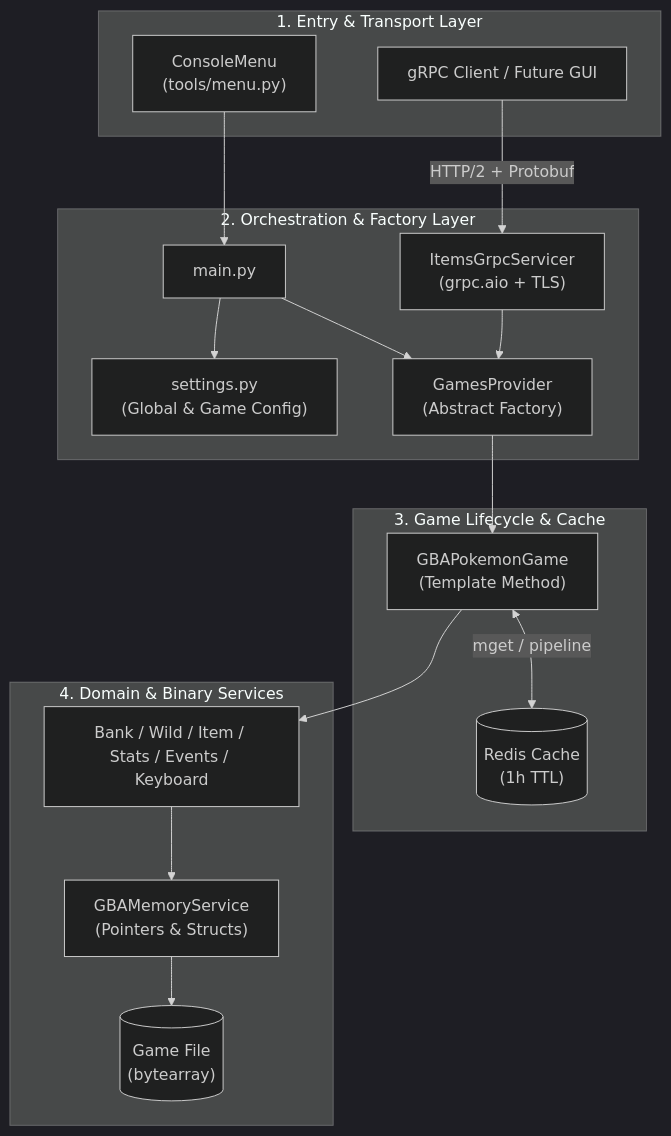
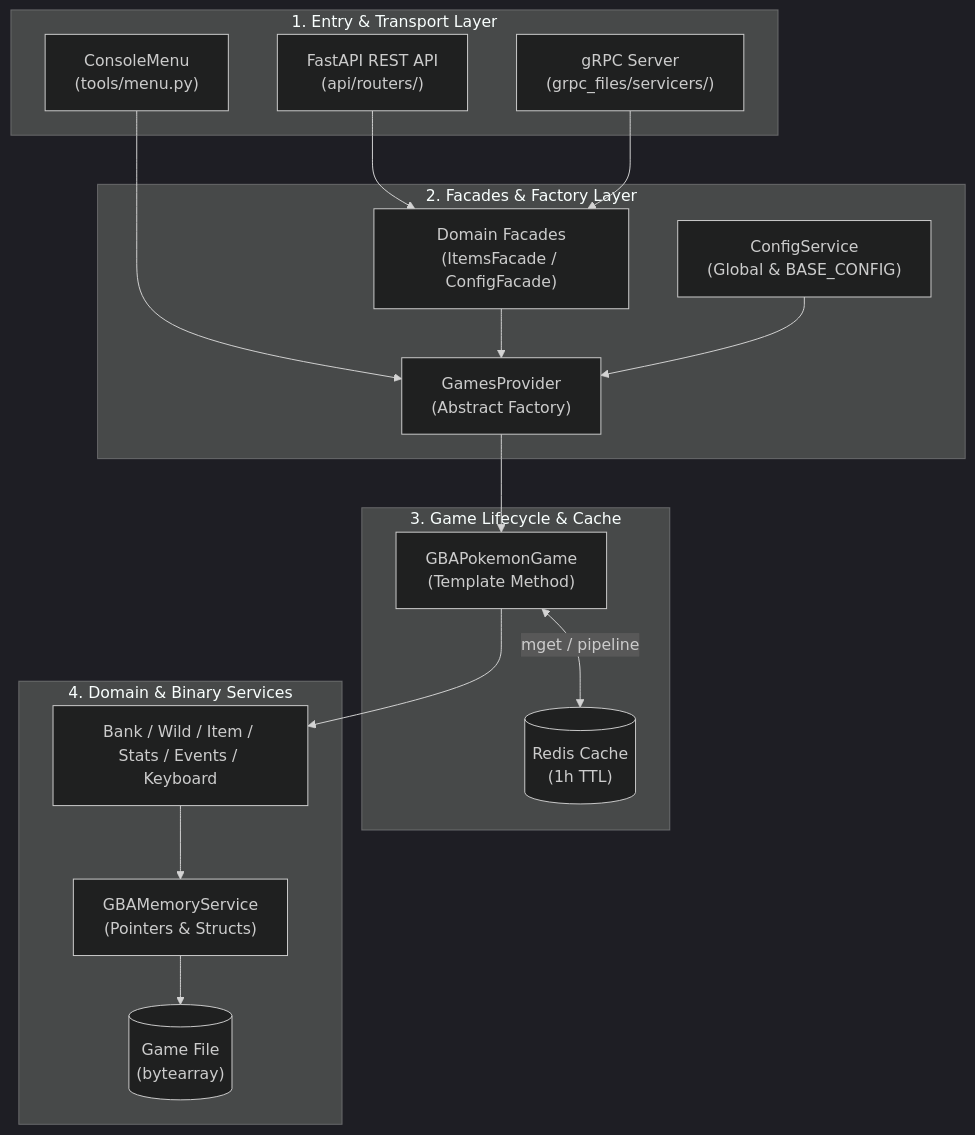
Before and after one commit to mxdotnetsrengineer/AdvanceR_Nexus_UpGen: the diagram in README.md, drawn with Mermaid (dark theme). The commit also changed other lines of this file and 6 other files, not shown here.

````diff
--- a/README.md
+++ b/README.md
@@ -181,36 +173,36 @@
 ```mermaid
 flowchart TD
     subgraph Presentation ["1. Entry & Transport Layer"]
         CLI["ConsoleMenu<br/>(tools/menu.py)"]
-        Client["gRPC Client / Future GUI"]
+        REST["FastAPI REST API<br/>(api/routers/)"]
+        GRPC["gRPC Server<br/>(grpc_files/servicers/)"]
     end
 
-    subgraph Core ["2. Orchestration & Factory Layer"]
-        Main["main.py"]
-        Config["settings.py<br/>(Global & Game Config)"]
+    subgraph Orchestration ["2. Facades & Factory Layer"]
+        Facades["Domain Facades<br/>(ItemsFacade / ConfigFacade)"]
+        Config["ConfigService<br/>(Global & BASE_CONFIG)"]
         Provider["GamesProvider<br/>(Abstract Factory)"]
-        GRPC["ItemsGrpcServicer<br/>(grpc.aio + TLS)"]
     end
 
     subgraph Domain ["3. Game Lifecycle & Cache"]
         Game["GBAPokemonGame<br/>(Template Method)"]
         Redis[("Redis Cache<br/>(1h TTL)")]
     end
 
     subgraph Services ["4. Domain & Binary Services"]
         DomainSvc["Bank / Wild / Item / Stats / Events / Keyboard"]
         Memory["GBAMemoryService<br/>(Pointers & Structs)"]
         GameFile[("Game File<br/>(bytearray)")]
     end
 
-    CLI --> Main
-    Client -->|HTTP/2 + Protobuf| GRPC
-    Main --> Config
-    Main --> Provider
-    GRPC --> Provider
+    CLI --> Provider
+    REST --> Facades
+    GRPC --> Facades
+    Facades --> Provider
+    Config --> Provider
     Provider --> Game
     Game <-->|mget / pipeline| Redis
     Game --> DomainSvc
     DomainSvc --> Memory
     Memory --> GameFile
 ```
````
